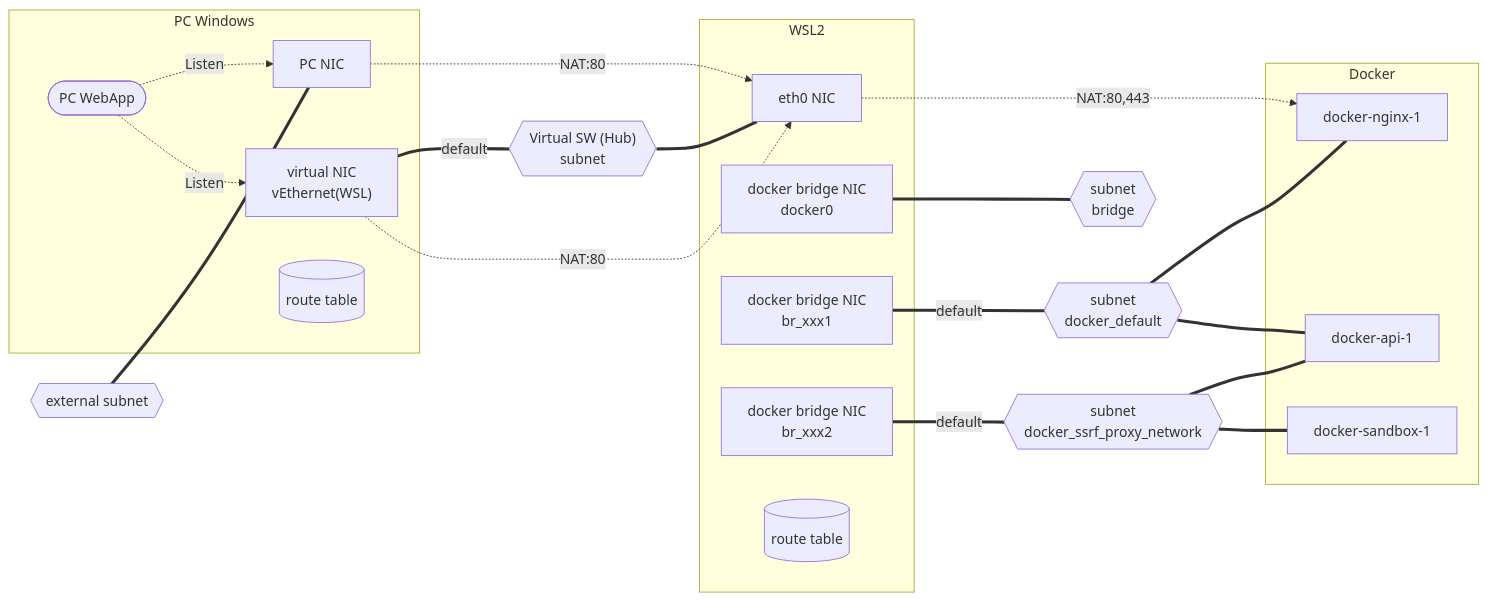
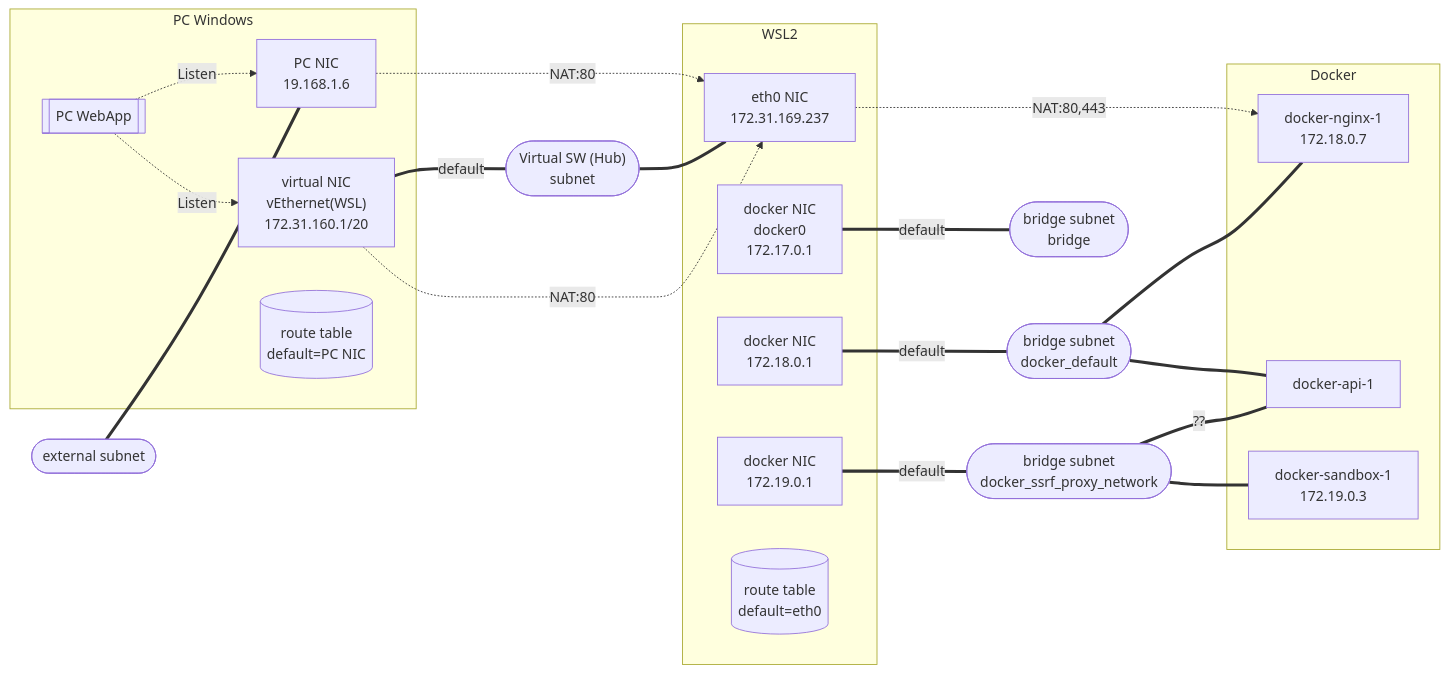
Before and after one commit to sdkn104/misc: the diagram in Comp/Dify/Dify.md, drawn with Mermaid. The commit also changed other lines of this file and 45 other files, not shown here.

First line of the commit message:
Add AWS VPC Service Control flowchart and related SVG, along with manufacturing process flowchart and Gantt chart

````diff
--- a/Comp/Dify/Dify.md
+++ b/Comp/Dify/Dify.md
@@ -111,45 +112,44 @@
 ```mermaid
 flowchart LR
 
 %%要素・グループ
-EXTNET{{external subnet}}
+EXTNET([external subnet])
 subgraph PC_OS[PC Windows]
-  PCNIC[PC NIC]
-  vEther["virtual NIC<br>vEthernet(WSL)"]
-  PCapp([PC WebApp])
-  RT[(route table)]
+  PCNIC["PC NIC<br>19.168.1.6"]
+  vEther["virtual NIC<br>vEthernet(WSL)<br>172.31.160.1/20"]
+  PCapp[[PC WebApp]]
+  RT[("route table<br>default=PC NIC")]
 end
-VSW{{"Virtual SW (Hub)<br>subnet"}}
+VSW(["Virtual SW (Hub)<br>subnet"])
 subgraph WSL[WSL2]
-  eth0["eth0 NIC"]
-  docker0["docker bridge NIC<br>docker0"]
-  br_xxx1["docker bridge NIC<br>br_xxx1"]
-  br_xxx2["docker bridge NIC<br>br_xxx2"]
-  RT2[(route table)]
+  eth0["eth0 NIC<br>172.31.169.237"]
+  docker0["docker NIC<br>docker0<br>172.17.0.1"]
+  br_xxx1["docker NIC<br>172.18.0.1"]
+  br_xxx2["docker NIC<br>172.19.0.1"]
+  RT2[("route table<br>default=eth0")]
 end
-bridge{{"subnet<br>bridge"}}
-docker_default{{"subnet<br>docker_default"}}
-docker_ssrf_proxy_network{{"subnet<br>docker_ssrf_proxy_network"}}
+bridge(["bridge subnet<br>bridge"])
+docker_default(["bridge subnet<br>docker_default"])
+docker_ssrf_proxy_network(["bridge subnet<br>docker_ssrf_proxy_network"])
 subgraph Docker
-  nginx[docker-nginx-1]
+  nginx["docker-nginx-1<br>172.18.0.7"]
   api[docker-api-1]
-  sandbox[docker-sandbox-1]
+  sandbox["docker-sandbox-1<br>172.19.0.3"]
 end
 
 %%関係
-vEther == default === VSW
 EXTNET === PCNIC
+vEther == default === VSW === eth0
 docker_default === nginx
 docker_default === api
-docker_ssrf_proxy_network === api
+docker_ssrf_proxy_network == ?? === api
 docker_ssrf_proxy_network === sandbox
-VSW === eth0
-docker0 === bridge
+docker0 == default === bridge
 br_xxx1 == default === docker_default
 br_xxx2 == default === docker_ssrf_proxy_network
 PCNIC -. NAT:80 .-> eth0
 vEther -. NAT:80 .-> eth0
 PCapp -. Listen .-> PCNIC
 PCapp -. Listen .-> vEther
 eth0 -. NAT:80,443 .-> nginx
 ```
````
